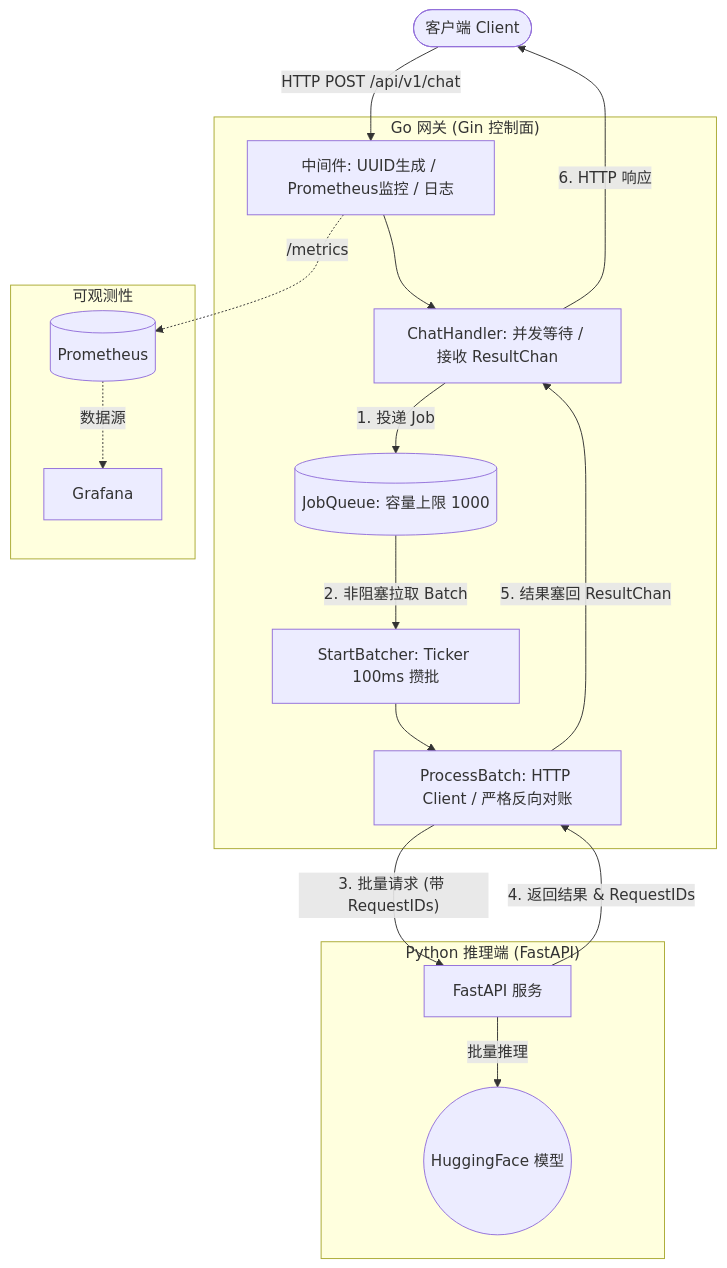
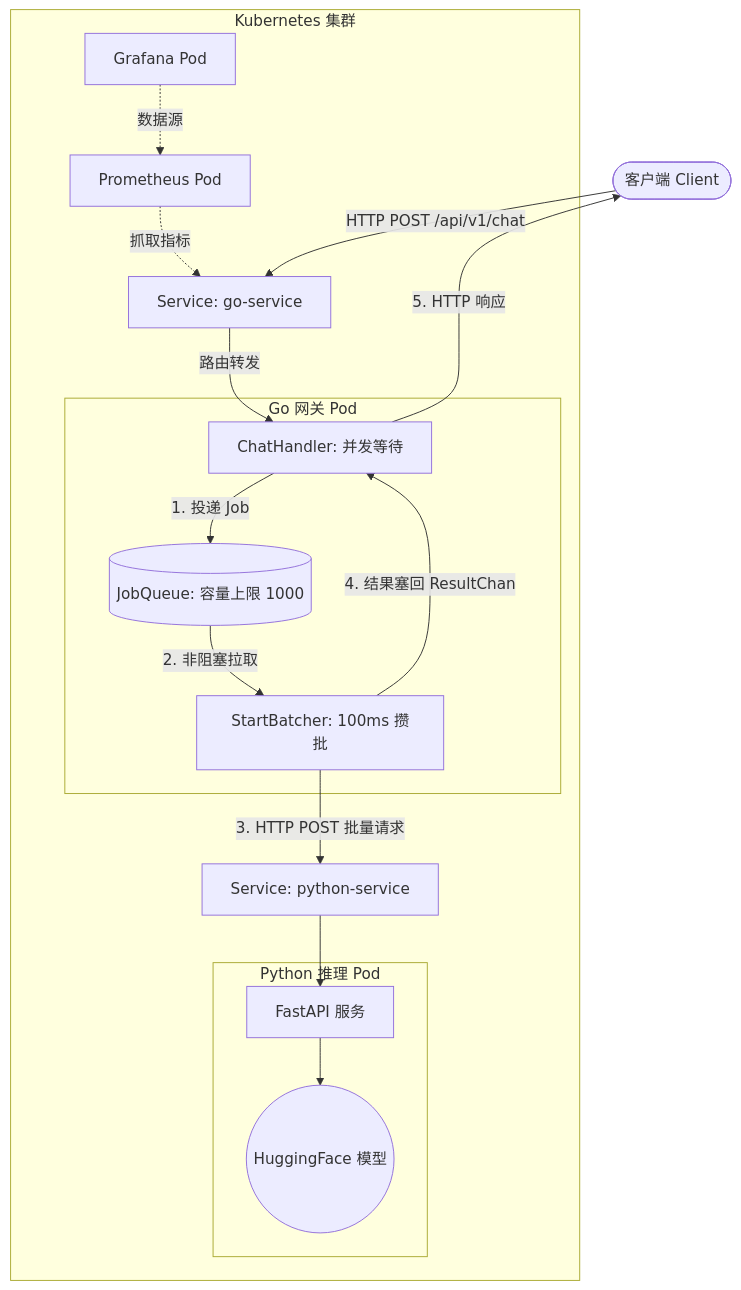
One commit to dtr222222/ai-inference-gateway changed the diagram in README.md. Above: the diagram before and after it, drawn with Mermaid. The commit also changed other lines of this file, not shown here.

````diff
--- a/README.md
+++ b/README.md
@@ -34,39 +35,31 @@
 ```mermaid
 graph TD
-    Client(["客户端 Client"])
-
-    subgraph GoGateway ["Go 网关 (Gin 控制面)"]
-        Middleware["中间件: UUID生成 / Prometheus监控 / 日志"]
-        ChatHandler["ChatHandler: 并发等待 / 接收 ResultChan"]
-        JobQueue[("JobQueue: 容量上限 1000")]
-        Batcher["StartBatcher: Ticker 100ms 攒批"]
-        ProcessBatch["ProcessBatch: HTTP Client / 严格反向对账"]
-
-        Middleware --> ChatHandler
-        ChatHandler -->|"1. 投递 Job"| JobQueue
-        JobQueue -->|"2. 非阻塞拉取 Batch"| Batcher
-        Batcher --> ProcessBatch
+    Client([客户端 Client])
+    SVC_GW[Service: go-service]
+    
+    subgraph K8s_Cluster [Kubernetes 集群]
+        SVC_GW -->|路由转发| ChatHandler
+        
+        subgraph Go_Gateway_Pod [Go 网关 Pod]
+            ChatHandler[ChatHandler: 并发等待]
+            JobQueue[(JobQueue: 容量上限 1000)]
+            Batcher[StartBatcher: 100ms 攒批]
+            ChatHandler -->|1. 投递 Job| JobQueue
+            JobQueue -->|2. 非阻塞拉取| Batcher
+        end
+        
+        Batcher -->|3. HTTP POST 批量请求| SVC_PY[Service: python-service]
+        
+        subgraph Python_Pod [Python 推理 Pod]
+            FastAPI[FastAPI 服务] --> Model((HuggingFace 模型))
+        end
+        SVC_PY --> FastAPI
+        
+        Prometheus[Prometheus Pod] -.->|抓取指标| SVC_GW
+        Grafana[Grafana Pod] -.->|数据源| Prometheus
     end
 
-    subgraph PythonService ["Python 推理端 (FastAPI)"]
-        FastAPI["FastAPI 服务"]
-        Model(("HuggingFace 模型"))
-        
-        FastAPI -->|"批量推理"| Model
-    end
-
-    subgraph Observability ["可观测性"]
-        Prometheus[("Prometheus")]
-        Grafana["Grafana"]
-        
-        Prometheus -.->|"数据源"| Grafana
-    end
-
-    %% 跨服务通信
-    Client -->|"HTTP POST /api/v1/chat"| Middleware
-    ProcessBatch -->|"3. 批量请求 (带 RequestIDs)"| FastAPI
-    FastAPI -->|"4. 返回结果 & RequestIDs"| ProcessBatch
-    ProcessBatch -->|"5. 结果塞回 ResultChan"| ChatHandler
-    ChatHandler -->|"6. HTTP 响应"| Client
-    Middleware -.->|"/metrics"| Prometheus
+    Client -->|HTTP POST /api/v1/chat| SVC_GW
+    Batcher -->|4. 结果塞回 ResultChan| ChatHandler
+    ChatHandler -->|5. HTTP 响应| Client
 ```
````
